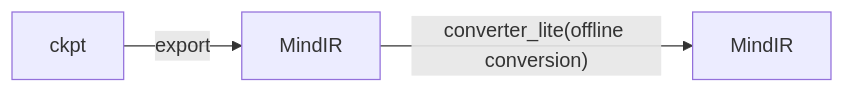
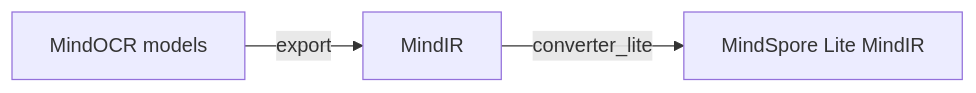
The first of 3 diagrams in docs/en/inference/convert_tutorial.md (mindspore-lab/mindocr), drawn with Mermaid before and after one commit. The commit also changed other lines of this file and 8 other files, not shown here.

````diff
--- a/docs/en/inference/convert_tutorial.md
+++ b/docs/en/inference/convert_tutorial.md
@@ -7,4 +8,4 @@
 ```mermaid
 graph LR;
-    ckpt --> |export| MindIR --> |"converter_lite(offline conversion)"| o[MindIR];
+    A[MindOCR models] -- export --> B[MindIR] -- converter_lite --> C[MindSpore Lite MindIR];
 ```
````
